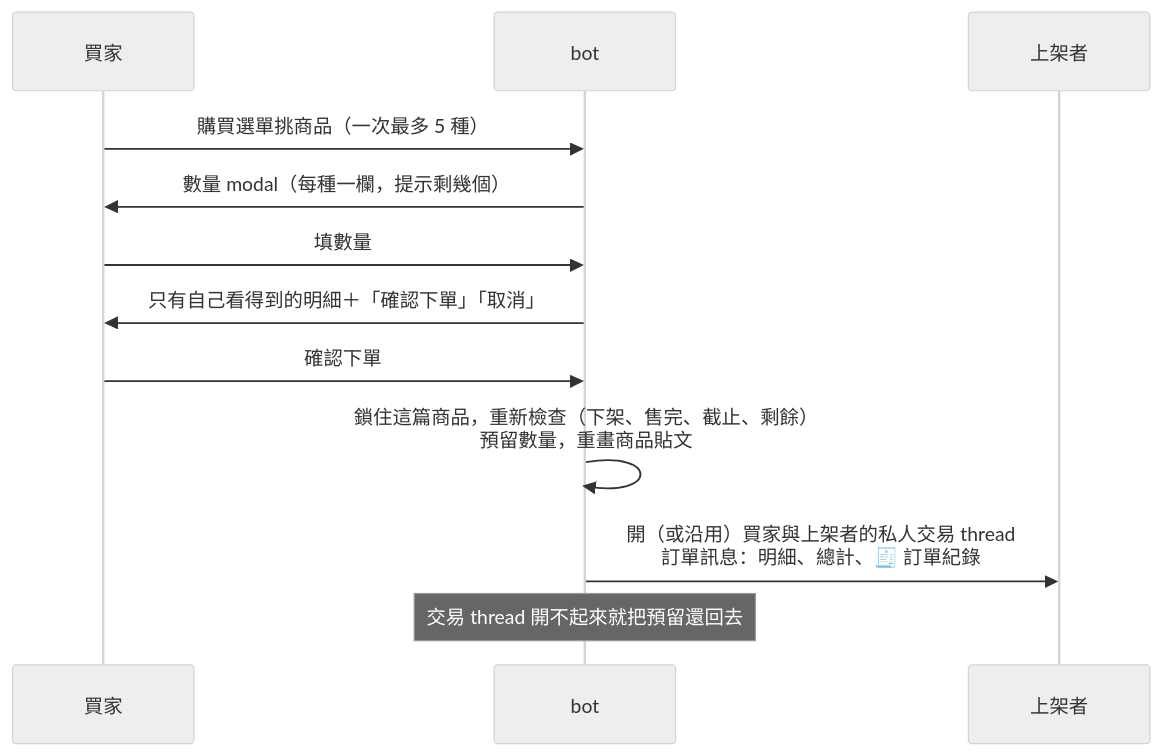
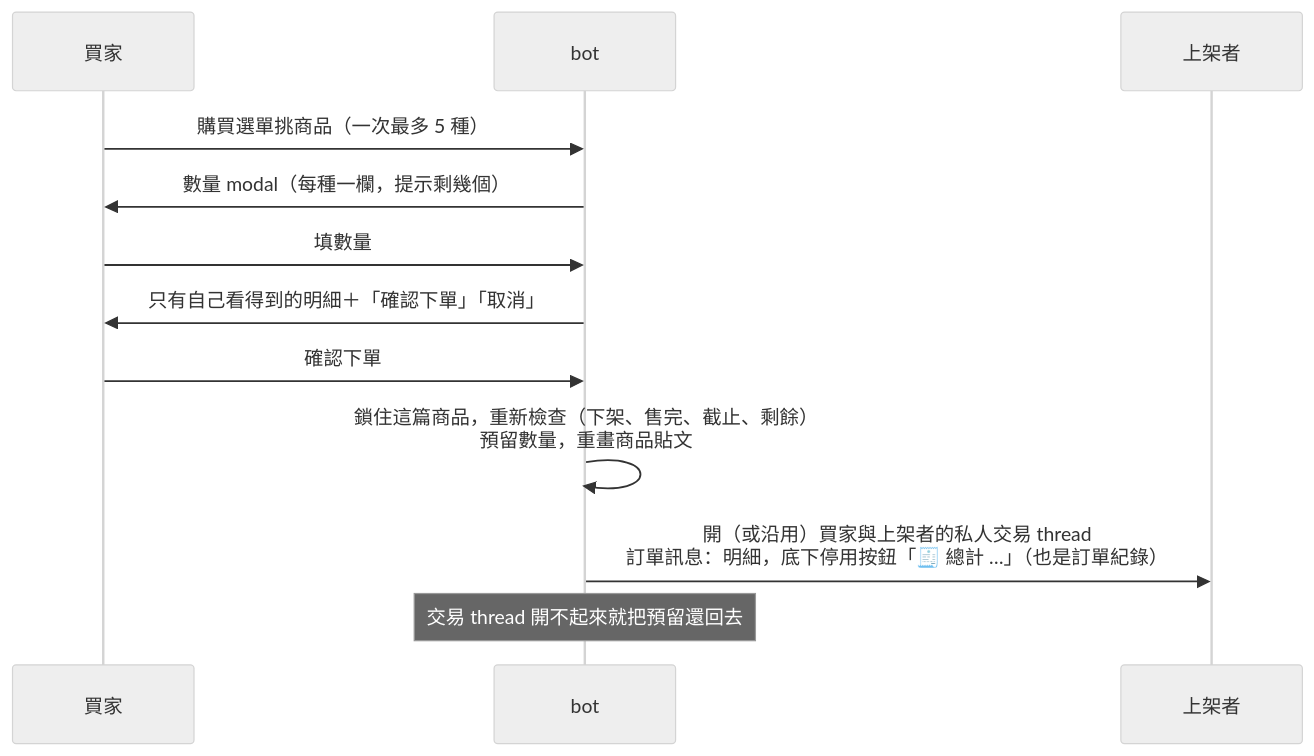
One commit to jjasoncool/Discord-Bot changed the tenth of 11 diagrams in TRADE_FLOW.md. Above: the diagram before and after it, drawn with Mermaid (neutral theme). The commit also changed other lines of this file and 2 other files, not shown here.

````diff
--- a/TRADE_FLOW.md
+++ b/TRADE_FLOW.md
@@ -298,14 +298,14 @@
 ```mermaid
 sequenceDiagram
   participant B as 買家
   participant Bot as bot
   participant S as 上架者
   B->>Bot: 購買選單挑商品（一次最多 5 種）
   Bot->>B: 數量 modal（每種一欄，提示剩幾個）
   B->>Bot: 填數量
   Bot->>B: 只有自己看得到的明細＋「確認下單」「取消」
   B->>Bot: 確認下單
   Bot->>Bot: 鎖住這篇商品，重新檢查（下架、售完、截止、剩餘）<br/>預留數量，重畫商品貼文
-  Bot->>S: 開（或沿用）買家與上架者的私人交易 thread<br/>訂單訊息：明細、總計、🧾 訂單紀錄
+  Bot->>S: 開（或沿用）買家與上架者的私人交易 thread<br/>訂單訊息：明細，底下停用按鈕「🧾 總計 …」（也是訂單紀錄）
   Note over Bot: 交易 thread 開不起來就把預留還回去
 ```
````
